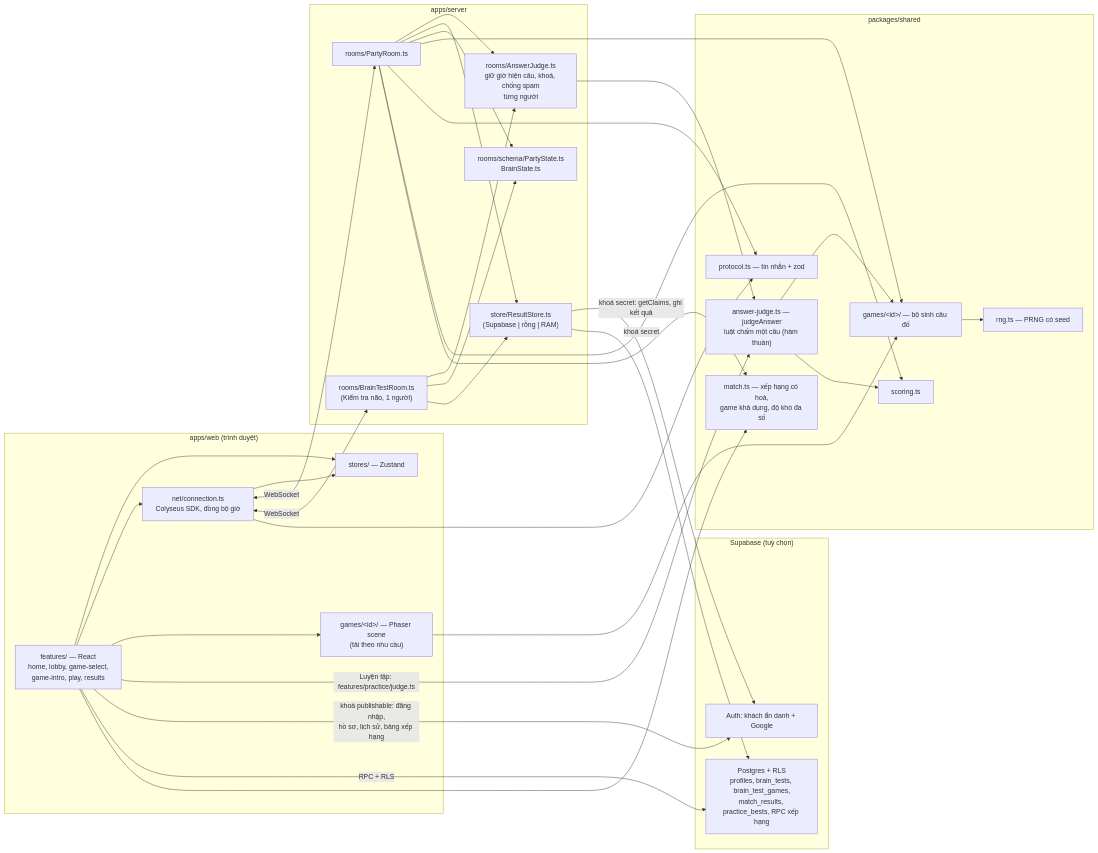
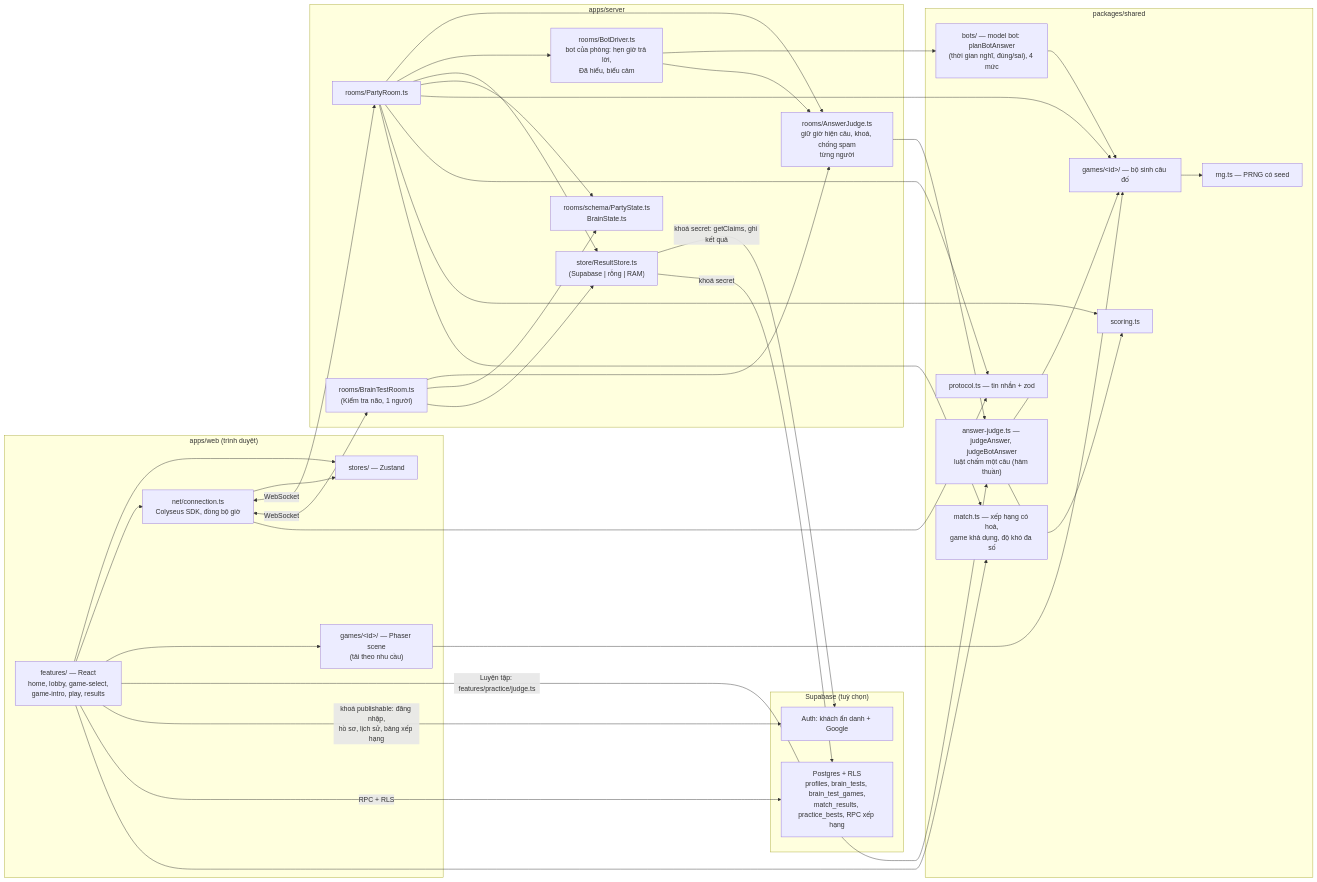
The first of 6 diagrams in docs/02-architecture/overview.md (hungdinh-dev/brain-rizz), drawn with Mermaid before and after one commit. The commit also changed other lines of this file and 119 other files, not shown here.

````diff
--- a/docs/02-architecture/overview.md
+++ b/docs/02-architecture/overview.md
@@ -9,56 +9,62 @@
 ```mermaid
 flowchart LR
   subgraph web["apps/web (trình duyệt)"]
     UI["features/ — React<br/>home, lobby, game-select,<br/>game-intro, play, results"]
     STORE["stores/ — Zustand"]
     NET["net/connection.ts<br/>Colyseus SDK, đồng bộ giờ"]
     PH["games/&lt;id&gt;/ — Phaser scene<br/>(tải theo nhu cầu)"]
   end
   subgraph shared["packages/shared"]
     GEN["games/&lt;id&gt;/ — bộ sinh câu đố"]
     PROTO["protocol.ts — tin nhắn + zod"]
     RNG["rng.ts — PRNG có seed"]
     SCORE["scoring.ts"]
-    SJUDGE["answer-judge.ts — judgeAnswer<br/>luật chấm một câu (hàm thuần)"]
+    SJUDGE["answer-judge.ts — judgeAnswer, judgeBotAnswer<br/>luật chấm một câu (hàm thuần)"]
+    BOTS["bots/ — model bot: planBotAnswer<br/>(thời gian nghĩ, đúng/sai), 4 mức"]
     MATCH["match.ts — xếp hạng có hoà,<br/>game khả dụng, độ khó đa số"]
   end
   subgraph server["apps/server"]
     ROOM["rooms/PartyRoom.ts"]
+    BOTD["rooms/BotDriver.ts<br/>bot của phòng: hẹn giờ trả lời,<br/>Đã hiểu, biểu cảm"]
     BRAIN["rooms/BrainTestRoom.ts<br/>(Kiểm tra não, 1 người)"]
     JUDGE["rooms/AnswerJudge.ts<br/>giữ giờ hiện câu, khoá, chống spam<br/>từng người"]
     STATE["rooms/schema/PartyState.ts<br/>BrainState.ts"]
     RSTORE["store/ResultStore.ts<br/>(Supabase | rỗng | RAM)"]
   end
   subgraph supa["Supabase (tuỳ chọn)"]
     AUTH["Auth: khách ẩn danh + Google"]
     DB["Postgres + RLS<br/>profiles, brain_tests, brain_test_games,<br/>match_results, practice_bests, RPC xếp hạng"]
   end
   UI --> STORE
   NET --> STORE
   UI --> NET
   UI --> PH
   PH --> GEN
   NET <-->|WebSocket| ROOM
   NET <-->|WebSocket| BRAIN
   ROOM --> JUDGE
+  ROOM --> BOTD
+  BOTD --> BOTS
+  BOTD --> JUDGE
+  BOTS --> GEN
   BRAIN --> JUDGE
   JUDGE --> SJUDGE
   SJUDGE --> GEN
   SJUDGE --> SCORE
   UI -->|"Luyện tập: features/practice/judge.ts"| SJUDGE
   BRAIN --> STATE
   ROOM --> RSTORE
   BRAIN --> RSTORE
   RSTORE -->|"khoá secret: getClaims, ghi kết quả"| AUTH
   RSTORE -->|khoá secret| DB
   UI -->|"khoá publishable: đăng nhập,<br/>hồ sơ, lịch sử, bảng xếp hạng"| AUTH
   UI -->|RPC + RLS| DB
   ROOM --> STATE
   ROOM --> GEN
   ROOM --> PROTO
   ROOM --> SCORE
   ROOM --> MATCH
   UI --> MATCH
   NET --> PROTO
   GEN --> RNG
 ```
````
